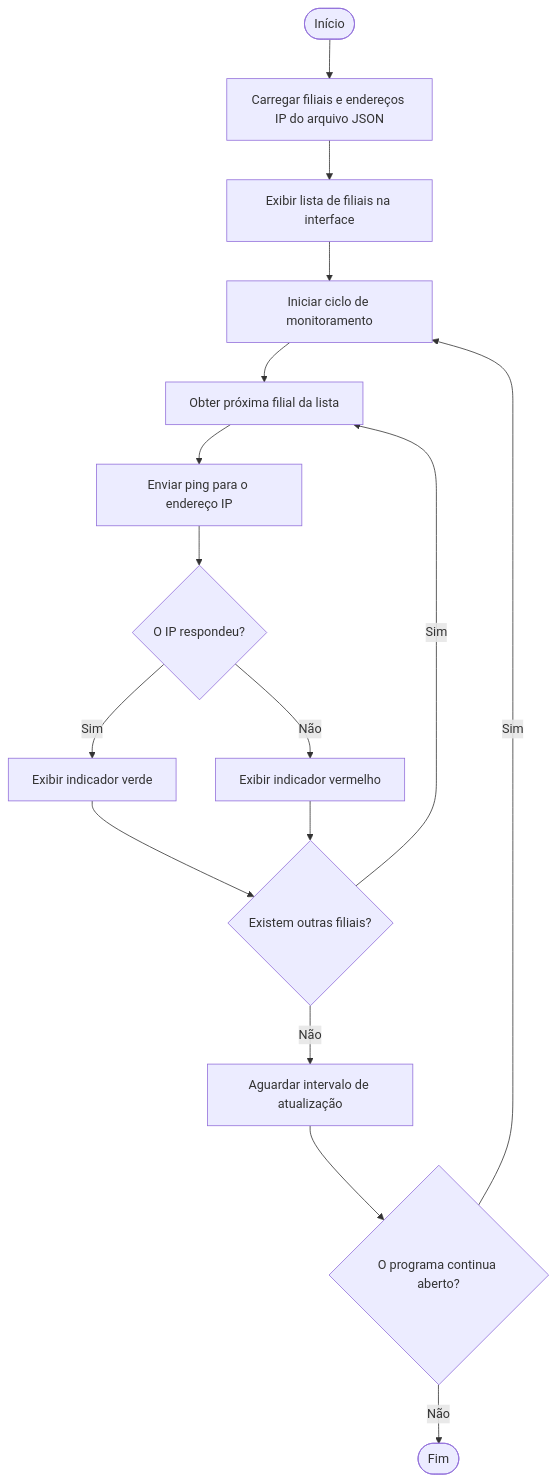
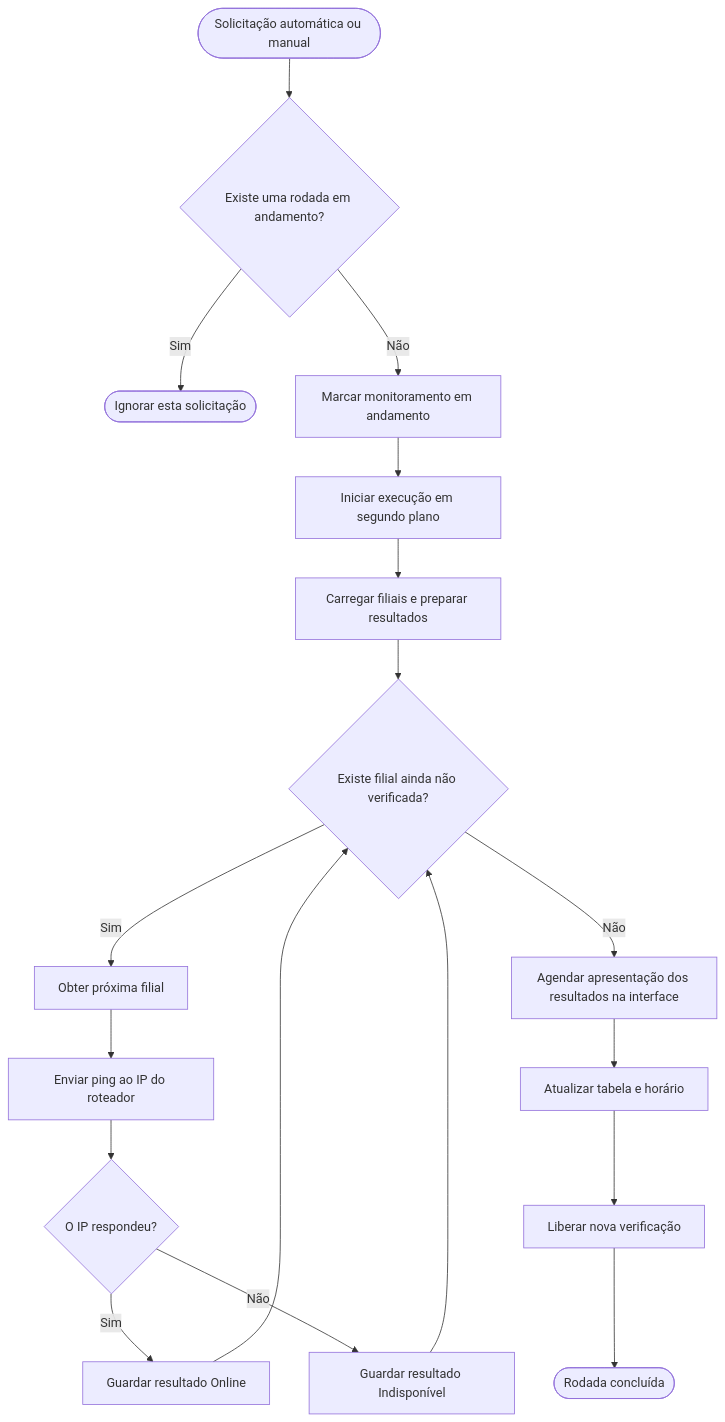
Before and after one commit to PedroKovatch/monitor-ping-conexao-local: the second of 2 diagrams in docs/diagramas/atividade-monitoramento.md, drawn with Mermaid. The commit also changed other lines of this file and 12 other files, not shown here.

Commit message:
Implementa interface de monitoramento e atualiza documentação

````diff
--- a/docs/diagramas/atividade-monitoramento.md
+++ b/docs/diagramas/atividade-monitoramento.md
@@ -7,23 +23,22 @@
 ```mermaid
 flowchart TD
-    Inicio([Início]) --> Carregar[Carregar filiais e endereços IP do arquivo JSON]
-    Carregar --> Exibir[Exibir lista de filiais na interface]
-    Exibir --> IniciarCiclo[Iniciar ciclo de monitoramento]
+    Solicitar(["Solicitação automática ou manual"]) --> Ocupado{"Existe uma rodada em andamento?"}
+    Ocupado -- "Sim" --> Ignorar(["Ignorar esta solicitação"])
+    Ocupado -- "Não" --> Marcar["Marcar monitoramento em andamento"]
+    Marcar --> Thread["Iniciar execução em segundo plano"]
+    Thread --> Carregar["Carregar filiais e preparar resultados"]
+    Carregar --> Restam{"Existe filial ainda não verificada?"}
 
-    IniciarCiclo --> Selecionar[Obter próxima filial da lista]
-    Selecionar --> Ping[Enviar ping para o endereço IP]
-    Ping --> Respondeu{O IP respondeu?}
+    Restam -- "Sim" --> Selecionar["Obter próxima filial"]
+    Selecionar --> Ping["Enviar ping ao IP do roteador"]
+    Ping --> Respondeu{"O IP respondeu?"}
+    Respondeu -- "Sim" --> Online["Guardar resultado Online"]
+    Respondeu -- "Não" --> Indisponivel["Guardar resultado Indisponível"]
+    Online --> Restam
+    Indisponivel --> Restam
 
-    Respondeu -- Sim --> Verde[Exibir indicador verde]
-    Respondeu -- Não --> Vermelho[Exibir indicador vermelho]
-
-    Verde --> Restam{Existem outras filiais?}
-    Vermelho --> Restam
-
-    Restam -- Sim --> Selecionar
-    Restam -- Não --> Aguardar[Aguardar intervalo de atualização]
-    Aguardar --> Aberto{O programa continua aberto?}
-
-    Aberto -- Sim --> IniciarCiclo
-    Aberto -- Não --> Fim([Fim])
+    Restam -- "Não" --> Encaminhar["Agendar apresentação dos resultados na interface"]
+    Encaminhar --> Atualizar["Atualizar tabela e horário"]
+    Atualizar --> Liberar["Liberar nova verificação"]
+    Liberar --> Fim(["Rodada concluída"])
 ```
````
